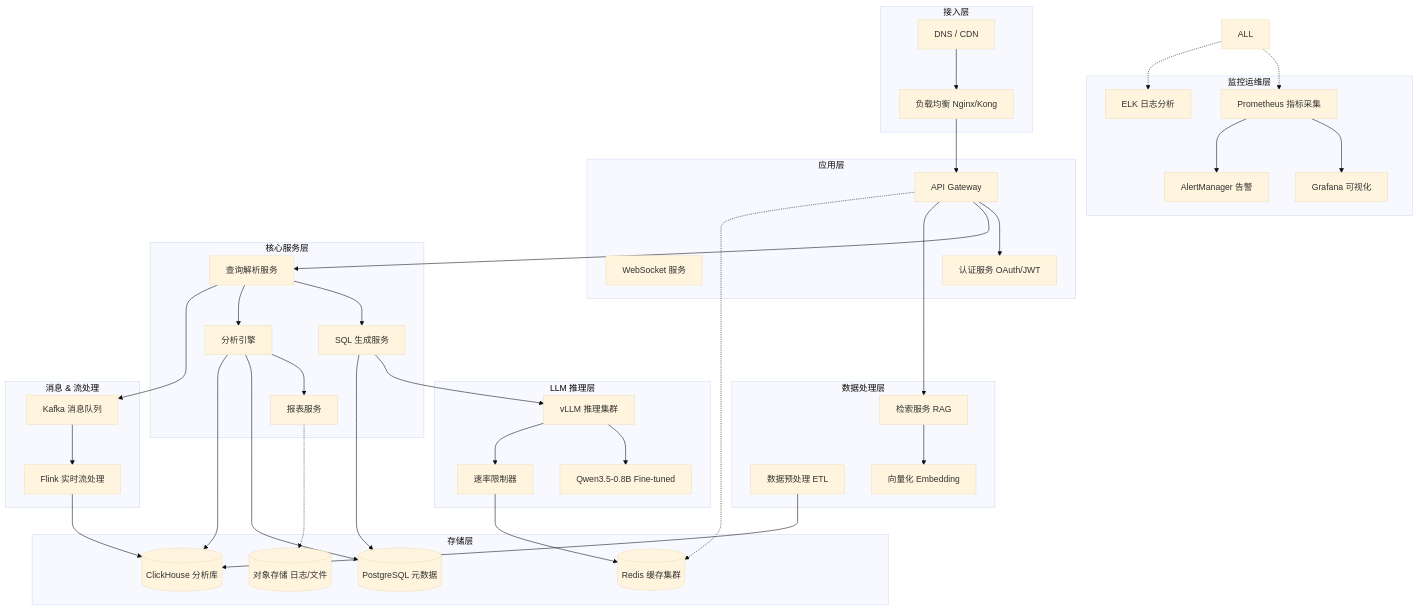
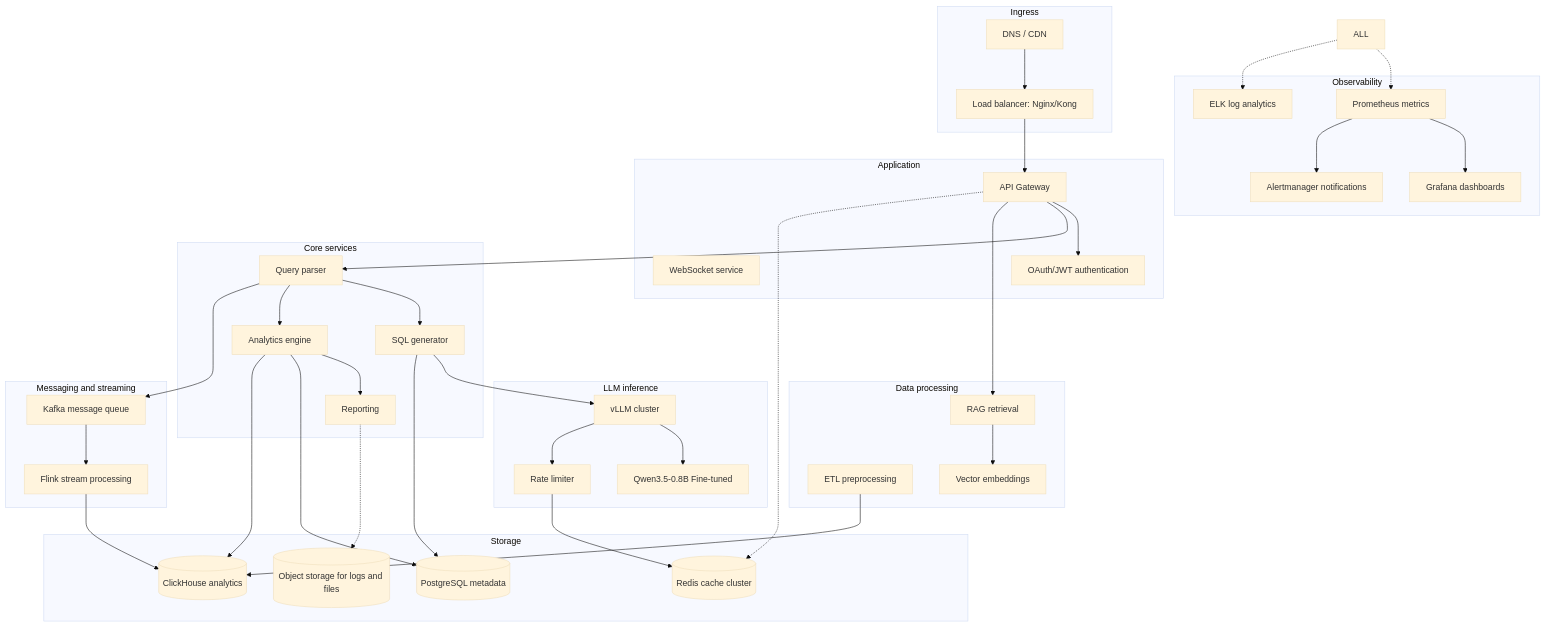
Before and after one commit to LAnthonyJ/datalens-lab: the first of 8 diagrams in Q2_architecture.md, drawn with Mermaid (base theme). The commit also changed other lines of this file and 11 other files, not shown here.

````diff
--- a/Q2_architecture.md
+++ b/Q2_architecture.md
@@ -9,74 +7,74 @@
 ```mermaid
 graph TB
-    subgraph "接入层"
+    subgraph "Ingress"
         DNS[DNS / CDN]
-        LB[负载均衡 Nginx/Kong]
+        LB[Load balancer: Nginx/Kong]
     end
 
-    subgraph "应用层"
+    subgraph "Application"
         API[API Gateway]
-        WS[WebSocket 服务]
-        AUTH[认证服务 OAuth/JWT]
+        WS[WebSocket service]
+        AUTH[OAuth/JWT authentication]
     end
 
-    subgraph "核心服务层"
-        QUERY[查询解析服务]
-        SQLGEN[SQL 生成服务]
-        ANALYZE[分析引擎]
-        REPORT[报表服务]
+    subgraph "Core services"
+        QUERY[Query parser]
+        SQLGEN[SQL generator]
+        ANALYZE[Analytics engine]
+        REPORT[Reporting]
     end
 
-    subgraph "LLM 推理层"
-        vLLM[vLLM 推理集群]
+    subgraph "LLM inference"
+        vLLM[vLLM cluster]
         MODEL[Qwen3.5-0.8B Fine-tuned]
-        RATE[速率限制器]
+        RATE[Rate limiter]
     end
 
-    subgraph "数据处理层"
-        ETL[数据预处理 ETL]
-        EMBED[向量化 Embedding]
-        SEARCH[检索服务 RAG]
+    subgraph "Data processing"
+        ETL[ETL preprocessing]
+        EMBED[Vector embeddings]
+        SEARCH[RAG retrieval]
     end
 
-    subgraph "存储层"
-        PG[(PostgreSQL 元数据)]
-        CH[(ClickHouse 分析库)]
-        REDIS[(Redis 缓存集群)]
-        OSS[(对象存储 日志/文件)]
+    subgraph "Storage"
+        PG[(PostgreSQL metadata)]
+        CH[(ClickHouse analytics)]
+        REDIS[(Redis cache cluster)]
+        OSS[(Object storage for logs and files)]
     end
 
-    subgraph "消息 & 流处理"
-        KAFKA[Kafka 消息队列]
-        FLINK[Flink 实时流处理]
+    subgraph "Messaging and streaming"
+        KAFKA[Kafka message queue]
+        FLINK[Flink stream processing]
     end
 
-    subgraph "监控运维层"
-        PROM[Prometheus 指标采集]
-        GRAF[Grafana 可视化]
-        ELK[ELK 日志分析]
-        ALERT[AlertManager 告警]
+    subgraph "Observability"
+        PROM[Prometheus metrics]
+        GRAF[Grafana dashboards]
+        ELK[ELK log analytics]
+        ALERT[Alertmanager notifications]
     end
 
     DNS --> LB
     LB --> API
     API --> AUTH
     API --> QUERY
     QUERY --> SQLGEN --> vLLM
     QUERY --> ANALYZE
     ANALYZE --> REPORT
     vLLM --> MODEL
     vLLM --> RATE
     RATE --> REDIS
     API --> SEARCH --> EMBED
     ETL --> CH
     SQLGEN --> PG
     ANALYZE --> PG
     ANALYZE --> CH
     QUERY --> KAFKA
     KAFKA --> FLINK --> CH
     API -.-> REDIS
     REPORT -.-> OSS
     ALL -.-> PROM --> GRAF
     ALL -.-> ELK
     PROM --> ALERT
 ```
````
